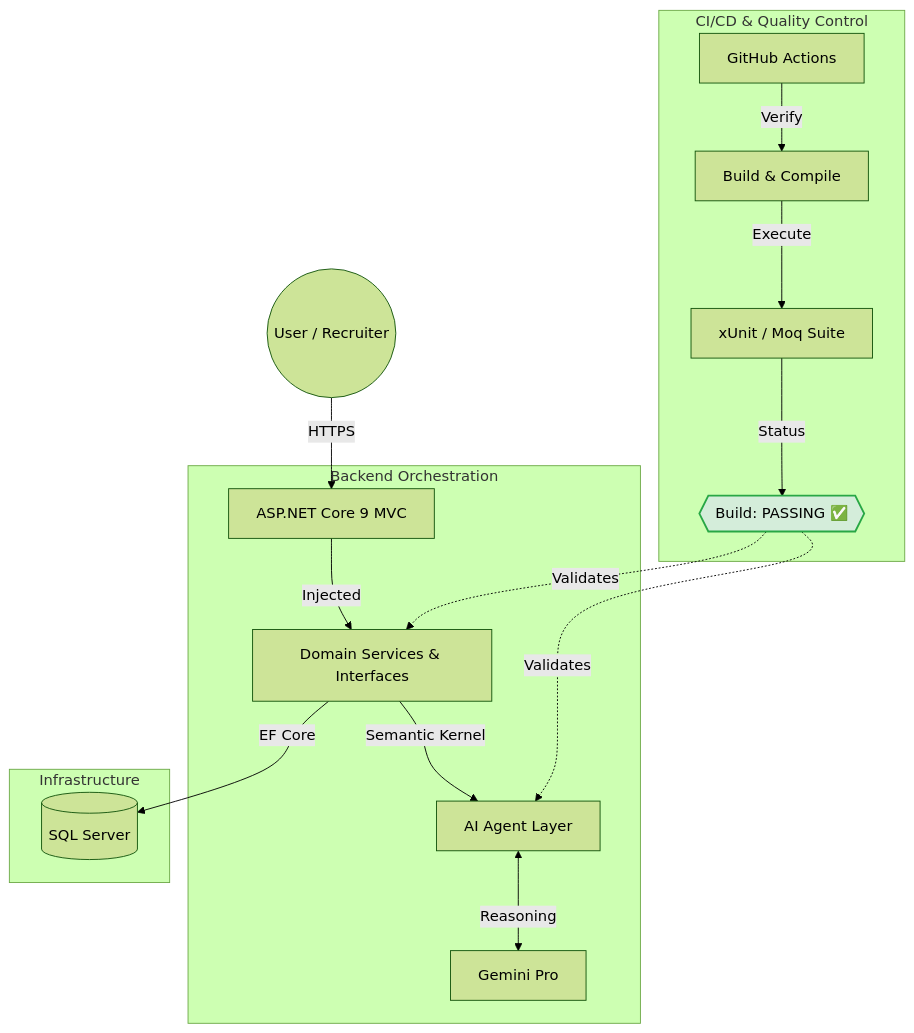
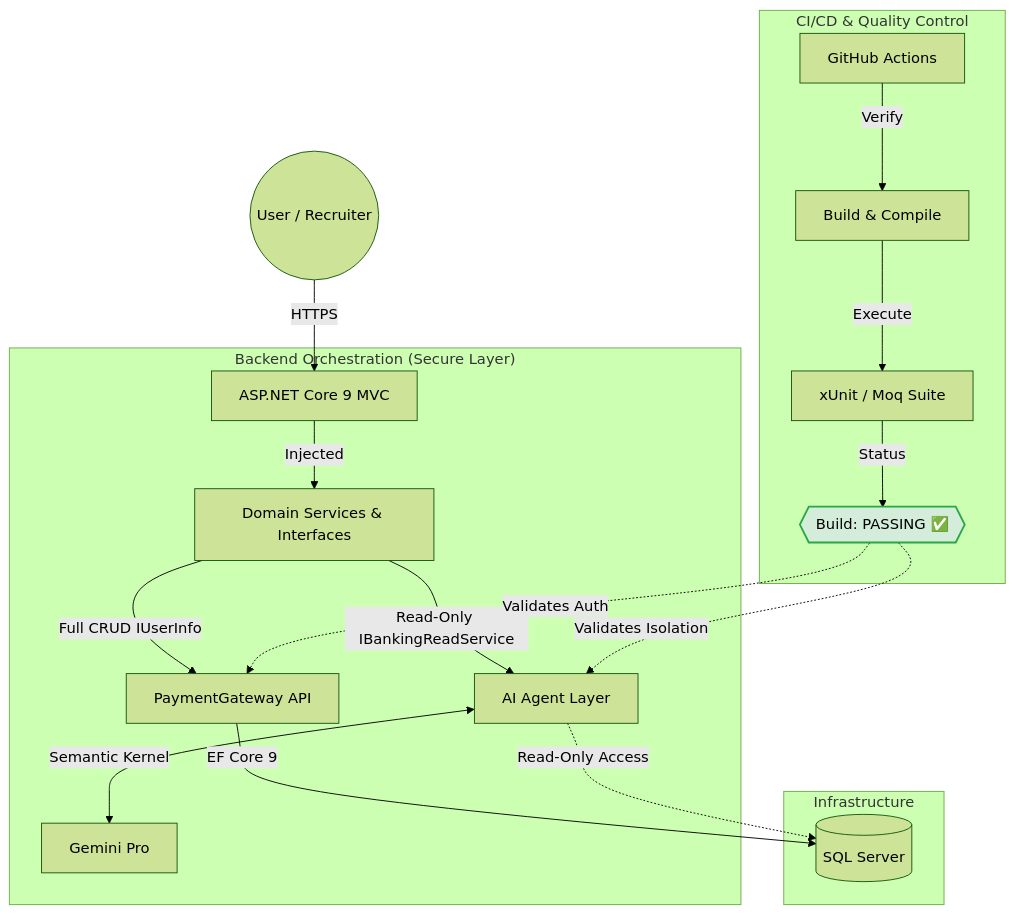
One commit to jimmyboxing93/distributed-payment-api changed the diagram in README.md. Above: the diagram before and after it, drawn with Mermaid (forest theme). The commit also changed other lines of this file, not shown here.

Commit message:
docs: update system architecture diagram and safety protocols

````diff
--- a/README.md
+++ b/README.md
@@ -43,25 +47,30 @@
 ```mermaid
 graph TD
     User((User / Recruiter)) -->|HTTPS| MVC[ASP.NET Core 9 MVC]
 
-    subgraph "Backend Orchestration"
+    subgraph "Backend Orchestration (Secure Layer)"
         MVC -->|Injected| Services[Domain Services & Interfaces]
-        Services -->|Semantic Kernel| AI[AI Agent Layer]
-        AI <-->|Reasoning| Gemini[Gemini Pro]
+        
+        %% The Isolation Logic
+        Services -->|Full CRUD IUserInfo| PaymentAPI[PaymentGateway API]
+        Services -->|Read-Only IBankingReadService| AI[AI Agent Layer]
+        
+        AI <-->|Semantic Kernel| Gemini[Gemini Pro]
     end
 
     subgraph "Infrastructure"
-        Services -->|EF Core| DB[(SQL Server)]
+        PaymentAPI -->|EF Core 9| DB[(SQL Server)]
+        AI -.->|Read-Only Access| DB
     end
 
     subgraph "CI/CD & Quality Control"
         Actions[GitHub Actions] -->|Verify| Build[Build & Compile]
         Build -->|Execute| Tests[xUnit / Moq Suite]
         Tests -->|Status| Pass{{"Build: PASSING ✅"}}
         style Pass fill:#d4edda,stroke:#28a745,stroke-width:2px
     end
 
     %% Validating the code
-    Pass -.->|Validates| Services
-    Pass -.->|Validates| AI
+    Pass -.->|Validates Isolation| AI
+    Pass -.->|Validates Auth| PaymentAPI
 ```
````
